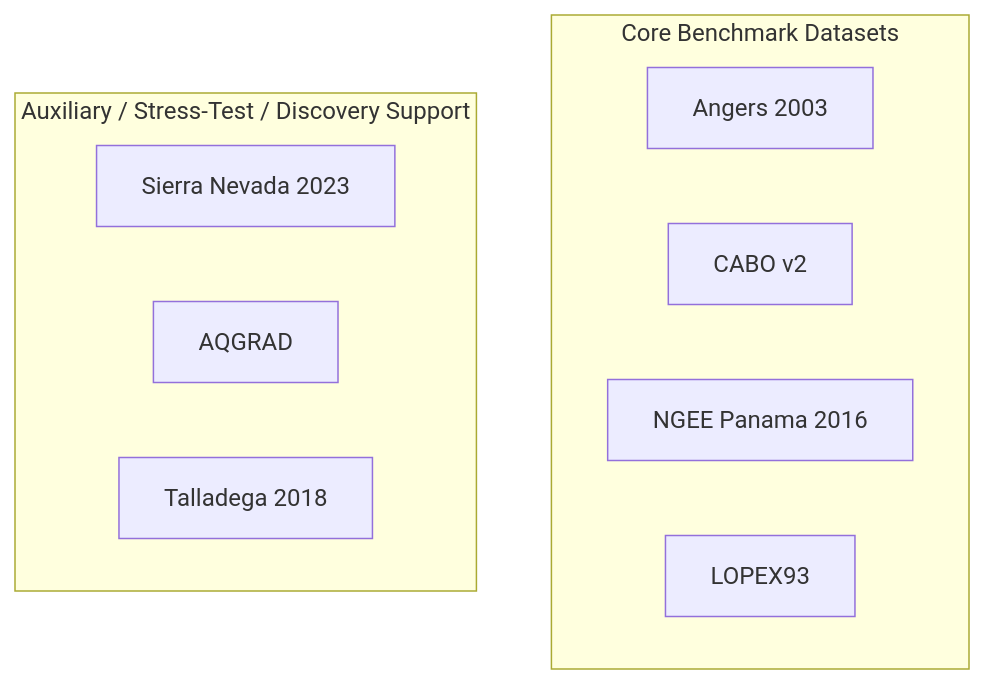
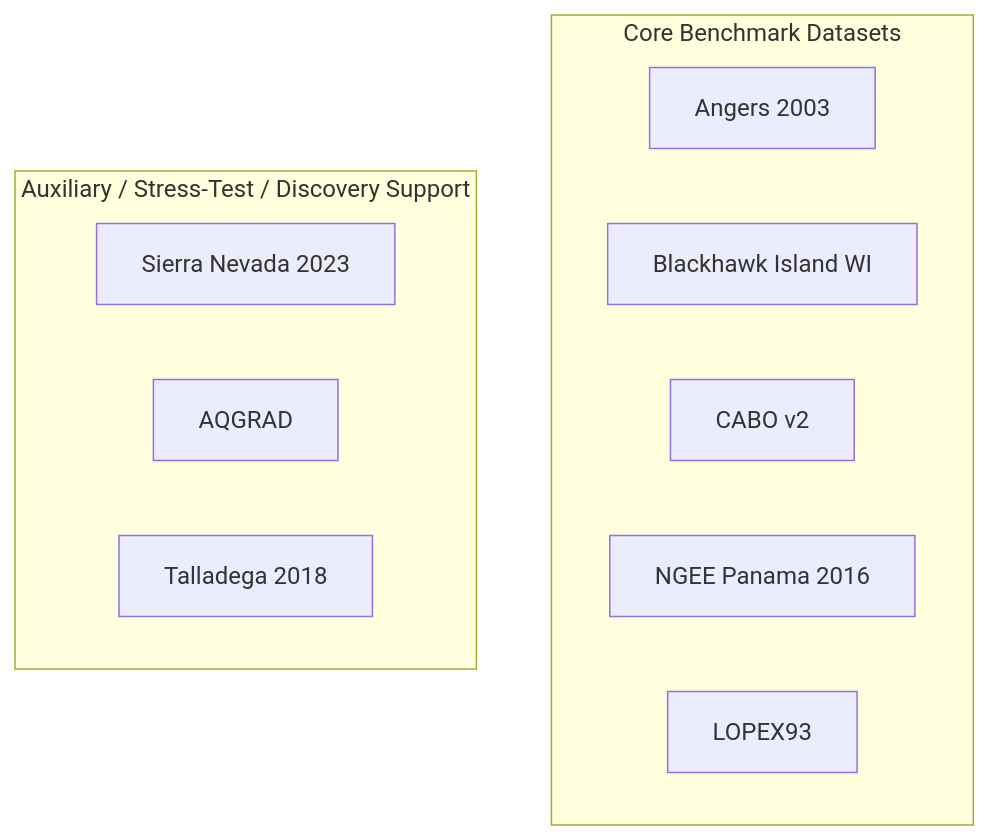
Before and after one commit to vamazing/Leaf2Traits: the second of 2 diagrams in README.md, drawn with Mermaid. The commit also changed other lines of this file and 4 other files, not shown here.

````diff
--- a/README.md
+++ b/README.md
@@ -86,14 +89,15 @@
 ```mermaid
 flowchart TD
     subgraph Core["Core Benchmark Datasets"]
         A["Angers 2003"]
-        B["CABO v2"]
-        C["NGEE Panama 2016"]
-        D["LOPEX93"]
+        B["Blackhawk Island WI"]
+        C["CABO v2"]
+        D["NGEE Panama 2016"]
+        H["LOPEX93"]
     end
     subgraph Auxiliary["Auxiliary / Stress-Test / Discovery Support"]
         E["Sierra Nevada 2023"]
         F["AQGRAD"]
         G["Talladega 2018"]
     end
 ```
````
